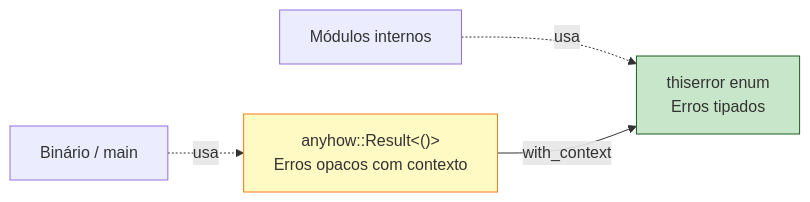
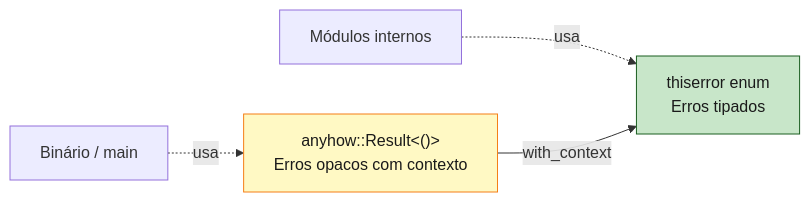
Before and after one commit to Felipeness/ferro-e-espirito: the second of 3 diagrams in book/part-18-applications/ch50-cli.md, drawn with Mermaid. The commit also changed other lines of this file and 56 other files, not shown here.

First line of the commit message:
fix: contraste de texto em diagramas mermaid

````diff
--- a/book/part-18-applications/ch50-cli.md
+++ b/book/part-18-applications/ch50-cli.md
@@ -247,9 +247,9 @@
 ```mermaid
 graph LR
     Bin[Binário / main] -.usa.-> Anyhow["anyhow::Result<()><br/>Erros opacos com contexto"]
     Lib[Módulos internos] -.usa.-> Thiserror["thiserror enum<br/>Erros tipados"]
     Anyhow -->|with_context| Thiserror
 
-    style Anyhow fill:#fff9c4,stroke:#f57f17
-    style Thiserror fill:#c8e6c9,stroke:#1b5e20
+    style Anyhow fill:#fff9c4,stroke:#f57f17,color:#1a1a1a
+    style Thiserror fill:#c8e6c9,stroke:#1b5e20,color:#1a1a1a
 ```
````
